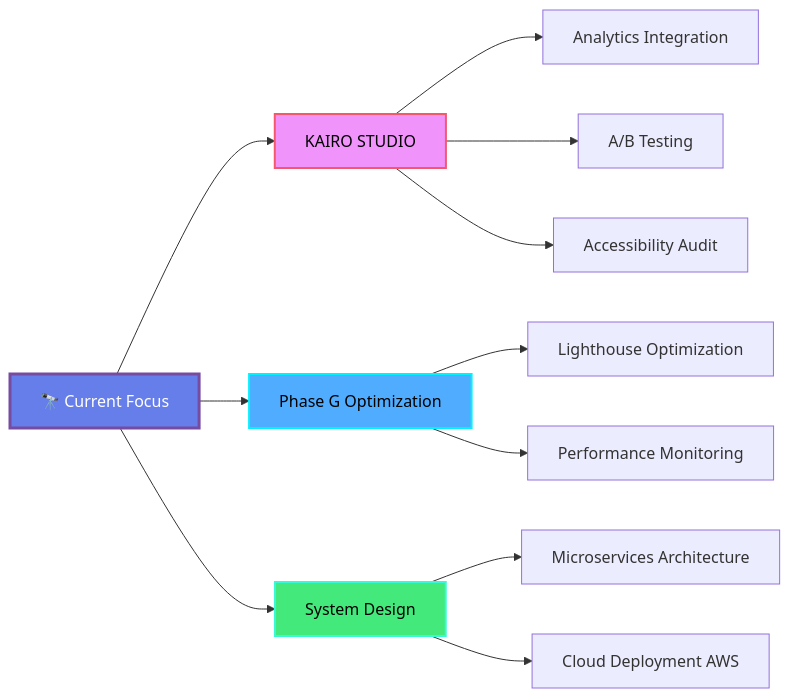
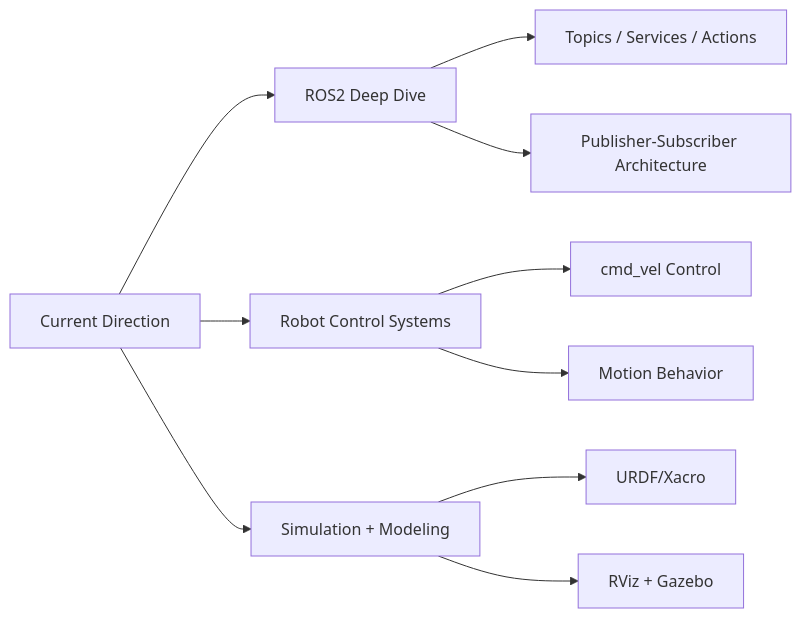
Before and after one commit to Pratyush150/Pratyush150: the diagram in README.md, drawn with Mermaid. The commit also changed other lines of this file, not shown here.

Commit message:
Revise README for clarity and focus on robotics

````diff
--- a/README.md
+++ b/README.md
@@ -176,21 +121,15 @@
 ```mermaid
 graph LR
-    A[🔭 Current Focus] --> B[KAIRO STUDIO]
-    A --> C[Phase G Optimization]
-    A --> D[System Design]
+    A[Current Direction] --> B[ROS2 Deep Dive]
+    A --> C[Robot Control Systems]
+    A --> D[Simulation + Modeling]
 
-    B --> B1[Analytics Integration]
-    B --> B2[A/B Testing]
-    B --> B3[Accessibility Audit]
+    B --> B1[Topics / Services / Actions]
+    B --> B2[Publisher-Subscriber Architecture]
 
-    C --> C1[Lighthouse Optimization]
-    C --> C2[Performance Monitoring]
+    C --> C1[cmd_vel Control]
+    C --> C2[Motion Behavior]
 
-    D --> D1[Microservices Architecture]
-    D --> D2[Cloud Deployment AWS]
-
-    style A fill:#667eea,stroke:#764ba2,stroke-width:3px,color:#fff
-    style B fill:#f093fb,stroke:#f5576c,stroke-width:2px,color:#000
-    style C fill:#4facfe,stroke:#00f2fe,stroke-width:2px,color:#000
-    style D fill:#43e97b,stroke:#38f9d7,stroke-width:2px,color:#000
+    D --> D1[URDF/Xacro]
+    D --> D2[RViz + Gazebo]
 ```
````
